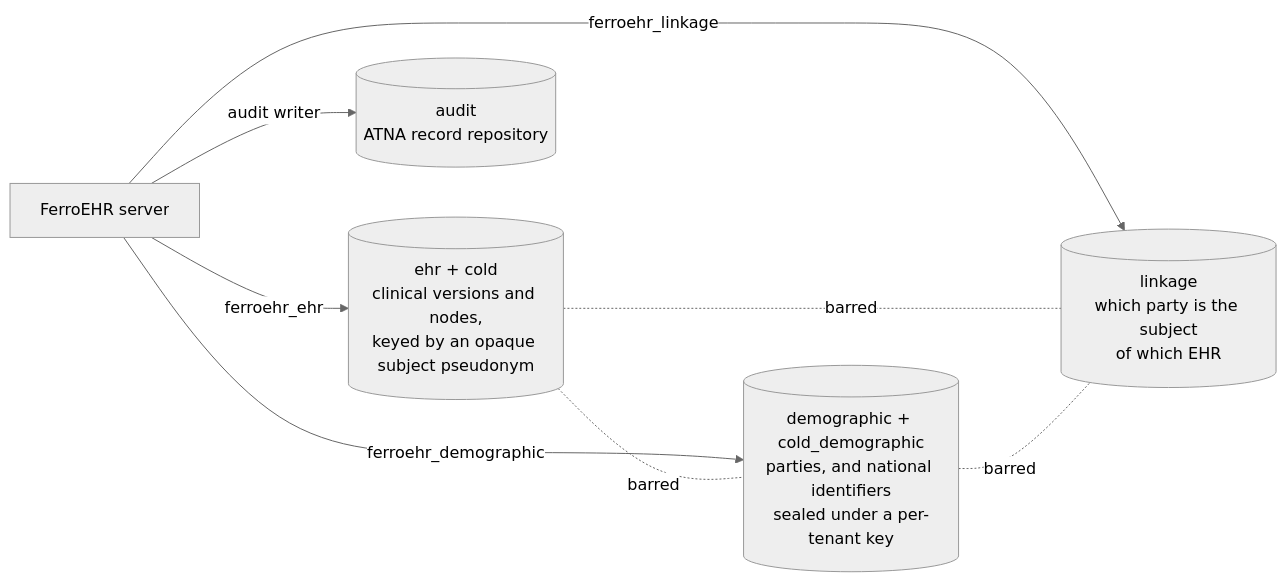
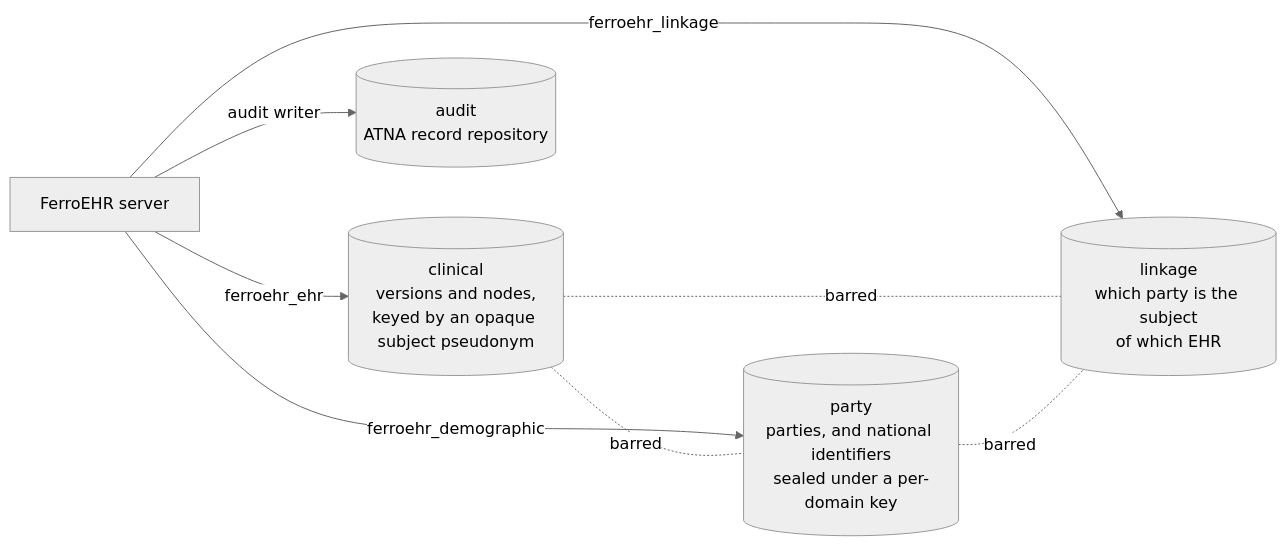
Before and after one commit to rubentalstra/FerroEHR: the diagram in website/book/src/security.md, drawn with Mermaid (neutral theme). The commit also changed other lines of this file and 2 other files, not shown here.

First line of the commit message:
docs: the storage page, the architecture record and the security chapter describe the second generation

````diff
--- a/website/book/src/security.md
+++ b/website/book/src/security.md
@@ -566,11 +566,11 @@
 ```mermaid
 flowchart LR
     server["FerroEHR server"]
-    server -->|ferroehr_ehr| ehr[("ehr + cold<br/>clinical versions and nodes,<br/>keyed by an opaque subject pseudonym")]
-    server -->|ferroehr_demographic| demo[("demographic + cold_demographic<br/>parties, and national identifiers<br/>sealed under a per-tenant key")]
+    server -->|ferroehr_ehr| ehr[("clinical<br/>versions and nodes,<br/>keyed by an opaque subject pseudonym")]
+    server -->|ferroehr_demographic| demo[("party<br/>parties, and national identifiers<br/>sealed under a per-domain key")]
     server -->|ferroehr_linkage| link[("linkage<br/>which party is the subject<br/>of which EHR")]
     server -->|audit writer| audit[("audit<br/>ATNA record repository")]
     ehr -. barred .- demo
     ehr -. barred .- link
     demo -. barred .- link
 ```
````
